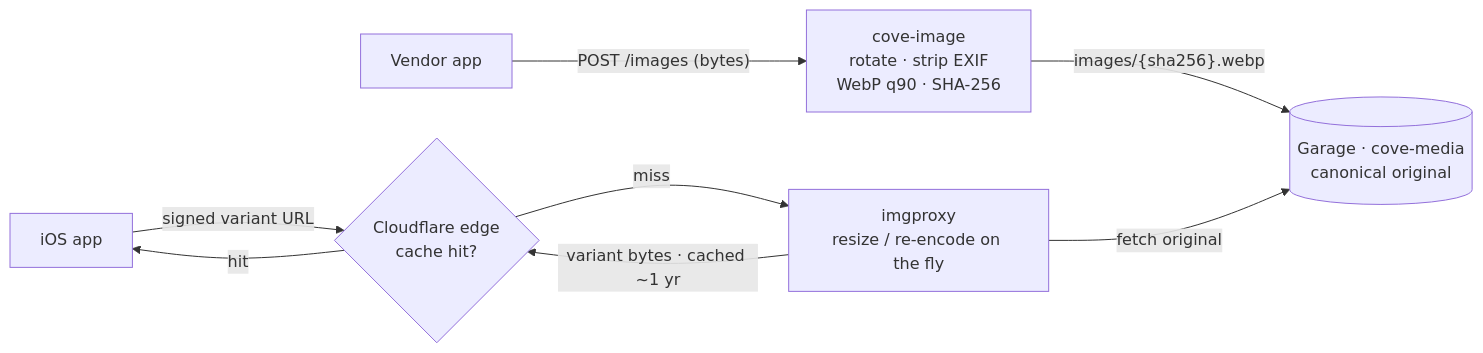
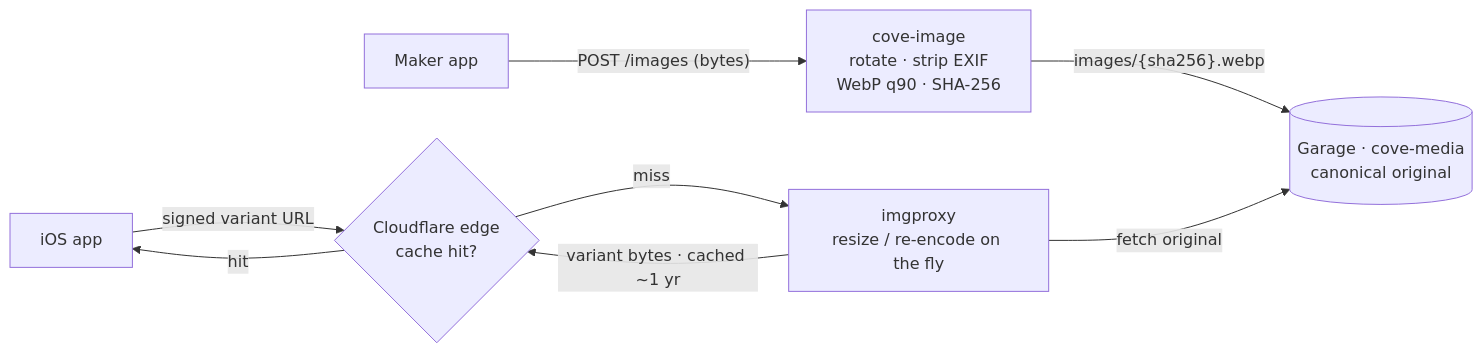
One commit to danicajiao/cove-ios changed the diagram in docs/MEDIA_ARCHITECTURE.md. Above: the diagram before and after it, drawn with Mermaid. The commit also changed other lines of this file and 3 other files, not shown here.

Commit message:
Fix residual stale refs: Firestore favorites, LLM datastore, vendor→maker, onboarding flow

````diff
--- a/docs/MEDIA_ARCHITECTURE.md
+++ b/docs/MEDIA_ARCHITECTURE.md
@@ -61,10 +61,10 @@
 ```mermaid
 flowchart LR
-    Vendor["Vendor app"] -->|"POST /images (bytes)"| CImg["cove-image<br/>rotate · strip EXIF<br/>WebP q90 · SHA-256"]
+    Maker["Maker app"] -->|"POST /images (bytes)"| CImg["cove-image<br/>rotate · strip EXIF<br/>WebP q90 · SHA-256"]
     CImg -->|"images/{sha256}.webp"| Garage[("Garage · cove-media<br/>canonical original")]
     Client["iOS app"] -->|"signed variant URL"| CF{"Cloudflare edge<br/>cache hit?"}
     CF -->|hit| Client
     CF -->|miss| IMG["imgproxy<br/>resize / re-encode on the fly"]
     IMG -->|"fetch original"| Garage
     IMG -->|"variant bytes · cached ~1 yr"| CF
 ```
````
